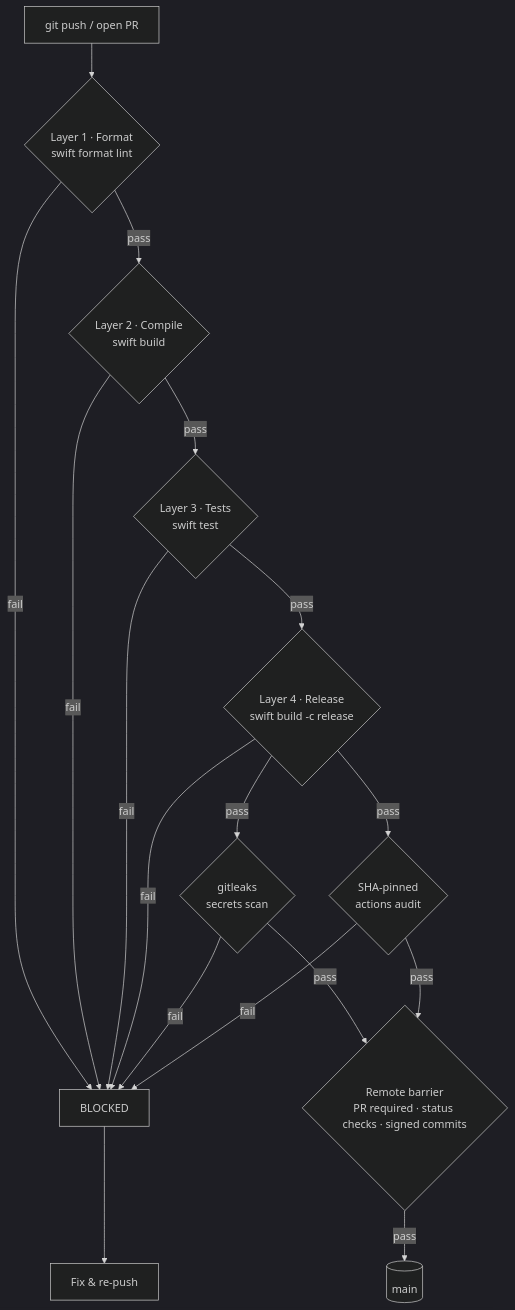
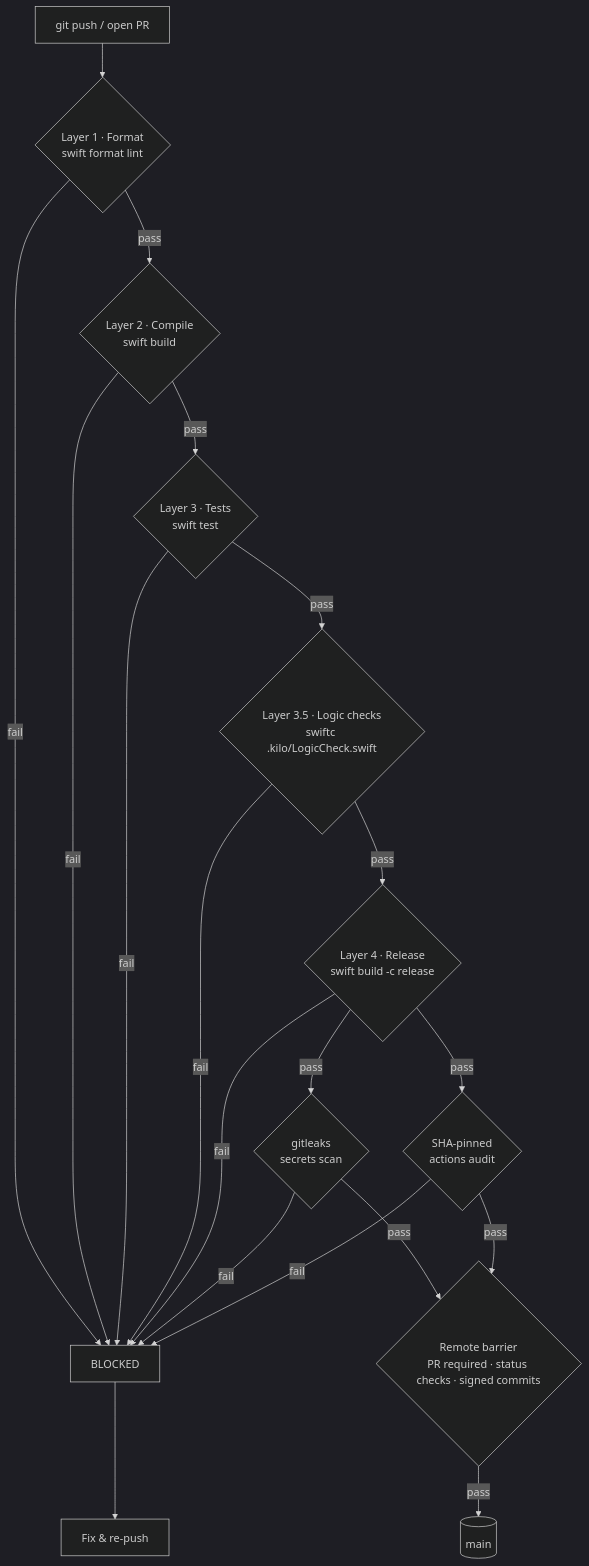
The diagram in README.md (8-BitRhyon/bantay-tui), drawn with Mermaid (dark theme) before and after one commit. The commit also changed other lines of this file and 22 other files, not shown here.

````diff
--- a/README.md
+++ b/README.md
@@ -31,19 +121,21 @@
 ```mermaid
 flowchart TD
     START["git push / open PR"] --> L1{"Layer 1 · Format<br/>swift format lint"}
     L1 -- "fail" --> REJECT["BLOCKED"]
     L1 -- "pass" --> L2{"Layer 2 · Compile<br/>swift build"}
     L2 -- "fail" --> REJECT
     L2 -- "pass" --> L3{"Layer 3 · Tests<br/>swift test"}
     L3 -- "fail" --> REJECT
-    L3 -- "pass" --> L4{"Layer 4 · Release<br/>swift build -c release"}
+    L3 -- "pass" --> L35{"Layer 3.5 · Logic checks<br/>swiftc .kilo/LogicCheck.swift"}
+    L35 -- "fail" --> REJECT
+    L35 -- "pass" --> L4{"Layer 4 · Release<br/>swift build -c release"}
     L4 -- "fail" --> REJECT
     L4 -- "pass" --> S1{"gitleaks<br/>secrets scan"}
     L4 -- "pass" --> S2{"SHA-pinned<br/>actions audit"}
     S1 -- "fail" --> REJECT
     S2 -- "fail" --> REJECT
     S1 -- "pass" --> GATE{"Remote barrier<br/>PR required · status checks · signed commits"}
     S2 -- "pass" --> GATE
     GATE -- "pass" --> MAIN[("main")]
     REJECT --> FIX["Fix & re-push"]
 ```
````
